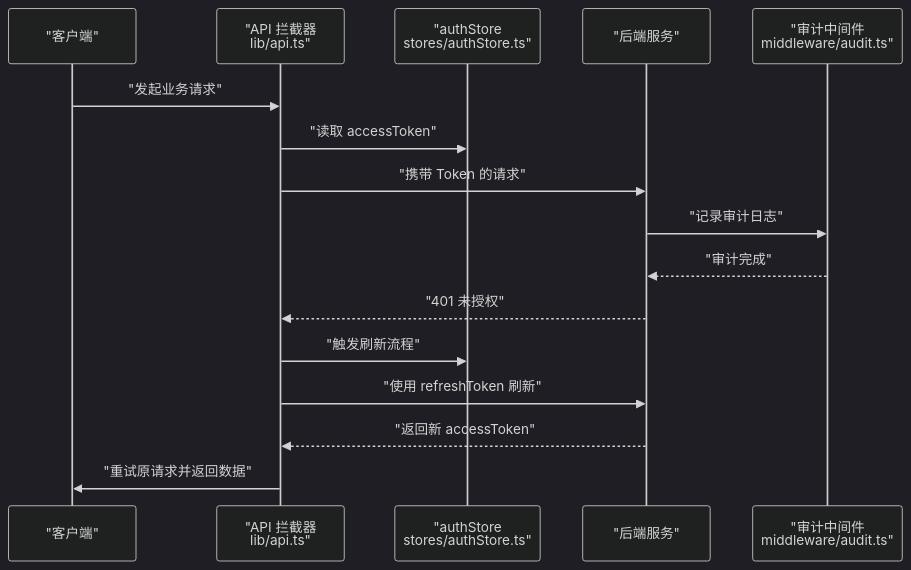
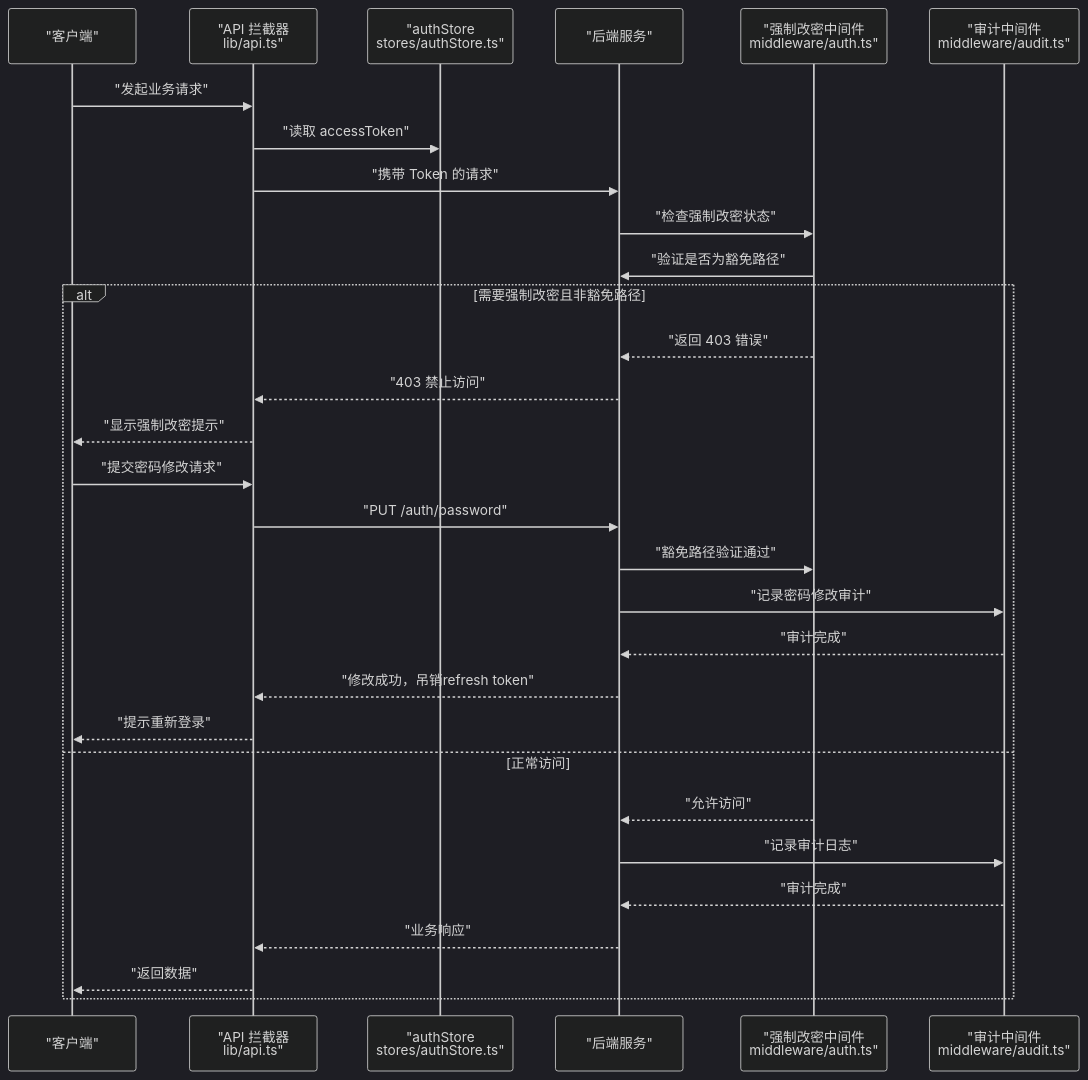
One commit to Damao997/newproject changed the ninth of 10 diagrams in .qoder/repowiki/zh/content/核心模块/用户认证系统.md. Above: the diagram before and after it, drawn with Mermaid (dark theme). The commit also changed other lines of this file and 24 other files, not shown here.

````diff
--- a/.qoder/repowiki/zh/content/核心模块/用户认证系统.md
+++ b/.qoder/repowiki/zh/content/核心模块/用户认证系统.md
@@ -420,18 +537,32 @@
 ```mermaid
 sequenceDiagram
 participant C as "客户端"
 participant I as "API 拦截器<br/>lib/api.ts"
 participant S as "authStore<br/>stores/authStore.ts"
 participant B as "后端服务"
+participant AM as "强制改密中间件<br/>middleware/auth.ts"
 participant AD as "审计中间件<br/>middleware/audit.ts"
 C->>I : "发起业务请求"
 I->>S : "读取 accessToken"
 I->>B : "携带 Token 的请求"
+B->>AM : "检查强制改密状态"
+AM->>B : "验证是否为豁免路径"
+alt 需要强制改密且非豁免路径
+AM-->>B : "返回 403 错误"
+B-->>I : "403 禁止访问"
+I-->>C : "显示强制改密提示"
+C->>I : "提交密码修改请求"
+I->>B : "PUT /auth/password"
+B->>AM : "豁免路径验证通过"
+B->>AD : "记录密码修改审计"
+AD-->>B : "审计完成"
+B-->>I : "修改成功，吊销refresh token"
+I-->>C : "提示重新登录"
+else 正常访问
+AM-->>B : "允许访问"
 B->>AD : "记录审计日志"
 AD-->>B : "审计完成"
-B-->>I : "401 未授权"
-I->>S : "触发刷新流程"
-I->>B : "使用 refreshToken 刷新"
-B-->>I : "返回新 accessToken"
-I->>C : "重试原请求并返回数据"
+B-->>I : "业务响应"
+I-->>C : "返回数据"
+end
 ```
````
